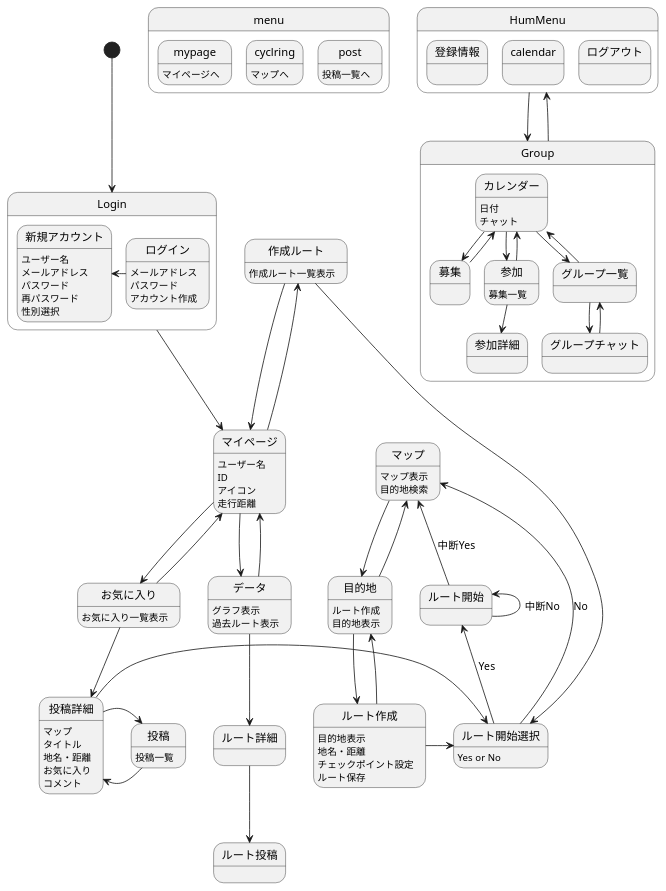
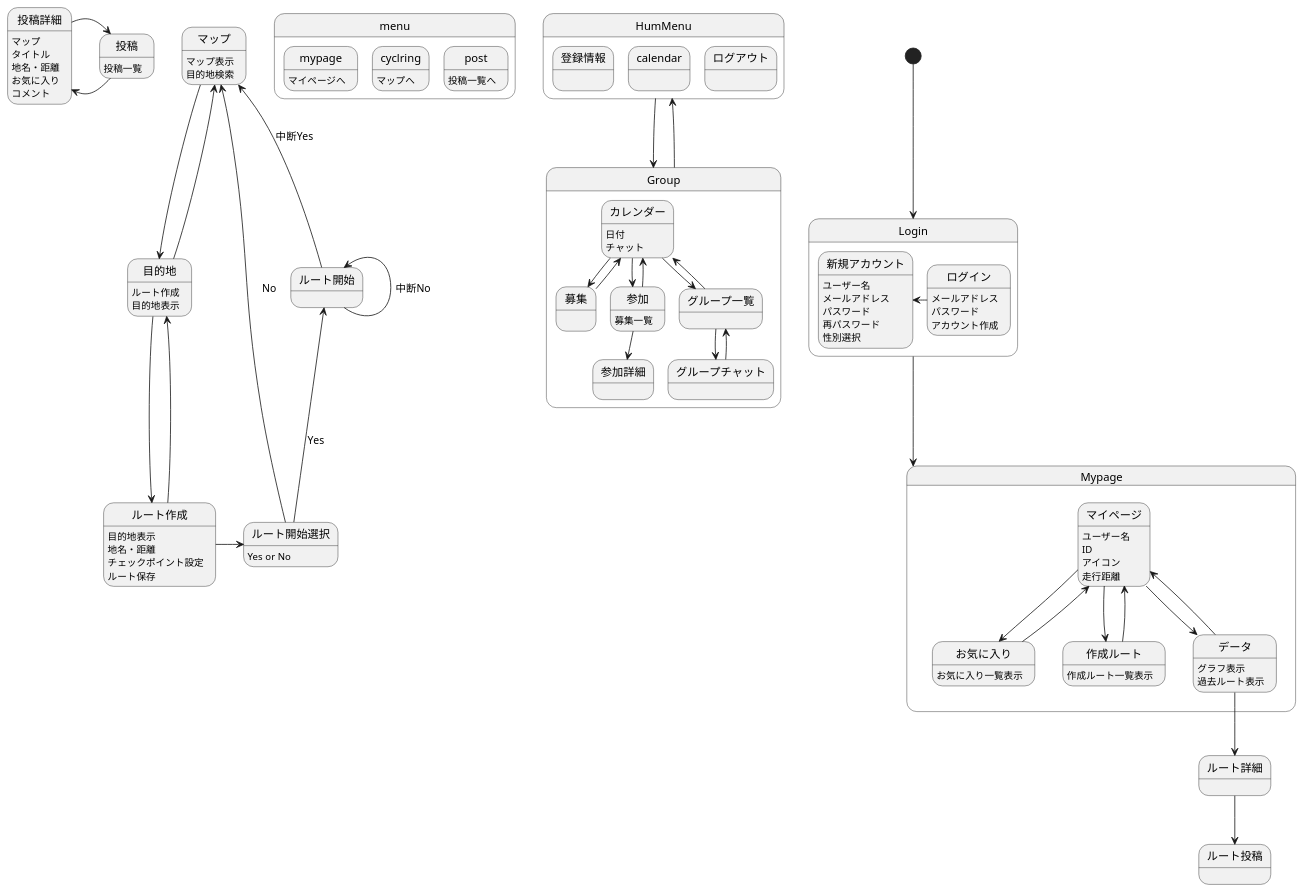
One commit to AsoSD3A3/CyclingSystem changed the diagram in 画面遷移図/gm.md. Above: the diagram before and after it, drawn with PlantUML.

````diff
--- a/画面遷移図/gm.md
+++ b/画面遷移図/gm.md
@@ -47,9 +47,9 @@
 新規アカウント:性別選択
 }
 
-Login-down->マイページ
+Login-down->Mypage
 
-
+state Mypage{
 マイページ:ユーザー名
 マイページ:ID
 マイページ:アイコン
@@ -64,6 +64,7 @@
 データ:グラフ表示
 データ:過去ルート表示
 作成ルート:作成ルート一覧表示
+}
 データ-down->ルート詳細
 ルート詳細-down->ルート投稿
 
@@ -95,9 +96,5 @@
 投稿詳細:お気に入り
 投稿詳細:コメント
 
-お気に入り-->投稿詳細
-作成ルート-down->ルート開始選択
-投稿詳細-right->ルート開始選択
-
 @enduml
 ```
````
